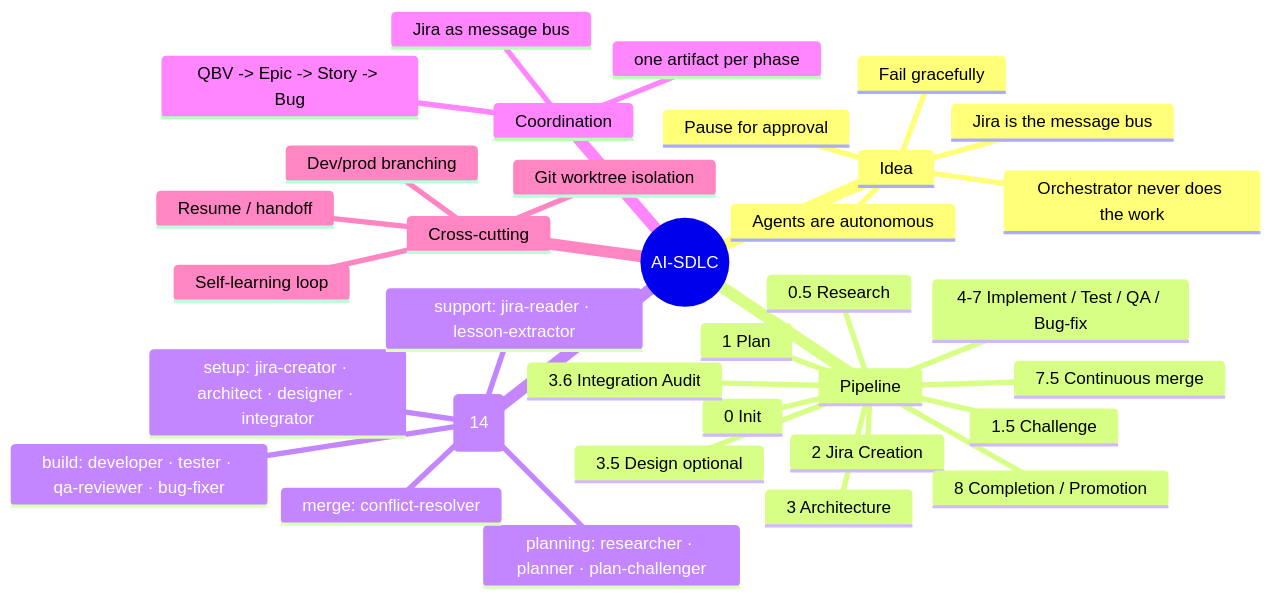
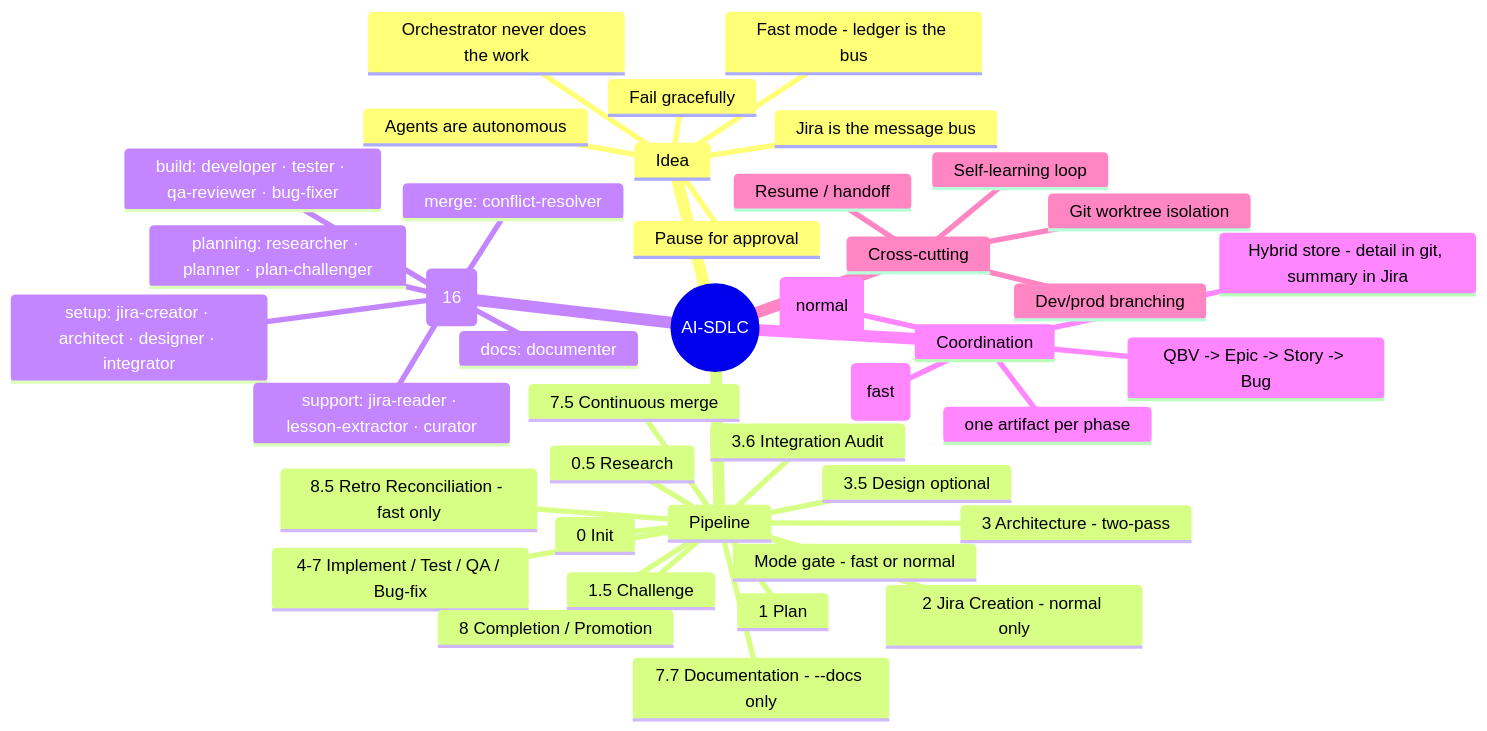
The first of 6 diagrams in plugins/ai-sdlc/docs/ai-sdlc-explained.md (final-il/maor-skills-marketplace), drawn with Mermaid before and after one commit. The commit also changed other lines of this file and 4 other files, not shown here.

````diff
--- a/plugins/ai-sdlc/docs/ai-sdlc-explained.md
+++ b/plugins/ai-sdlc/docs/ai-sdlc-explained.md
@@ -56,37 +59,44 @@
 ```mermaid
 mindmap
   root((AI-SDLC))
     Idea
       Jira is the message bus
+      Fast mode - ledger is the bus
       Agents are autonomous
       Orchestrator never does the work
       Pause for approval
       Fail gracefully
     Pipeline
       0 Init
       0.5 Research
       1 Plan
       1.5 Challenge
-      2 Jira Creation
-      3 Architecture
+      Mode gate - fast or normal
+      2 Jira Creation - normal only
+      3 Architecture - two-pass
       3.5 Design optional
       3.6 Integration Audit
       4-7 Implement / Test / QA / Bug-fix
       7.5 Continuous merge
+      7.7 Documentation - --docs only
       8 Completion / Promotion
-    Agents (14)
+      8.5 Retro Reconciliation - fast only
+    Agents (16)
       planning: researcher · planner · plan-challenger
       setup: jira-creator · architect · designer · integrator
       build: developer · tester · qa-reviewer · bug-fixer
       merge: conflict-resolver
-      support: jira-reader · lesson-extractor
+      docs: documenter
+      support: jira-reader · lesson-extractor · curator
     Coordination
-      Jira as message bus
+      Jira as message bus (normal)
+      Fast Work Ledger (fast)
       QBV -> Epic -> Story -> Bug
+      Hybrid store - detail in git, summary in Jira
       one artifact per phase
     Cross-cutting
       Git worktree isolation
       Self-learning loop
       Resume / handoff
       Dev/prod branching
 ```
````
